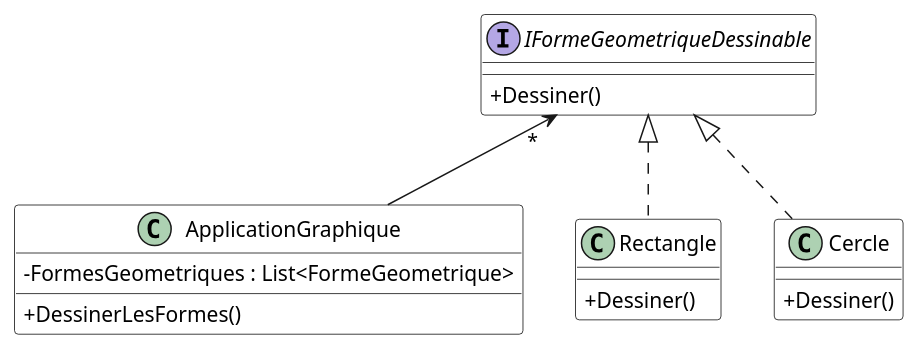
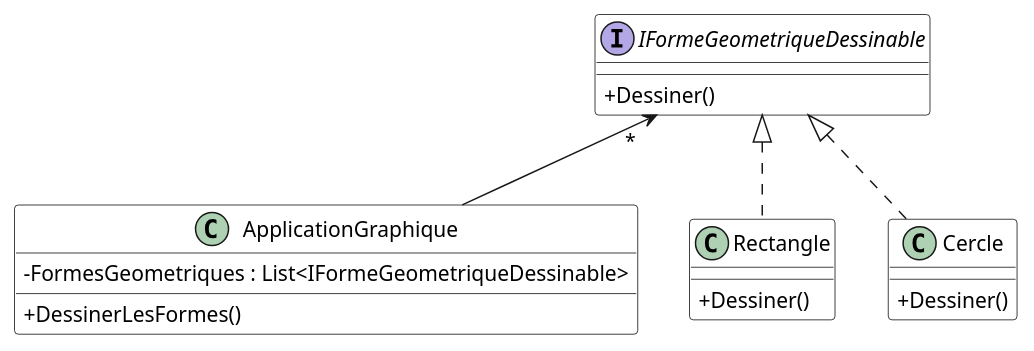
One commit to PiFou86/420-W30-SF changed the diagram in Module04_Principes_SOLID/diag/src/02_OCP_v02_s01.wsd. Above: the diagram before and after it, drawn with PlantUML. The commit also changed 6 other files, not shown here.

Commit message:
Corrections diagrammes

```diff
--- a/Module04_Principes_SOLID/diag/src/02_OCP_v02_s01.wsd
+++ b/Module04_Principes_SOLID/diag/src/02_OCP_v02_s01.wsd
@@ -1,35 +1,35 @@
 @startuml OCP_V02_s01
 
 skinparam classAttributeIconSize 0
 skinparam class {
     BackgroundColor White
     BorderColor #000
 }
 allowmixing
 'skinparam linetype ortho
 
 class ApplicationGraphique {
-    - FormesGeometriques : List<FormeGeometrique>
+    - FormesGeometriques : List<IFormeGeometriqueDessinable>
     + DessinerLesFormes()
 }
 
 'ApplicationGraphique --> "*" FormeGeometrique
 
 IFormeGeometriqueDessinable "*" <--  ApplicationGraphique
 
 interface IFormeGeometriqueDessinable {
     + Dessiner()
 }
 
 class Rectangle {
     + Dessiner()
 }
 
 class Cercle {
     + Dessiner()    
 }
 
 IFormeGeometriqueDessinable <|.. Rectangle
 IFormeGeometriqueDessinable <|.. Cercle
 
 @enduml
```
